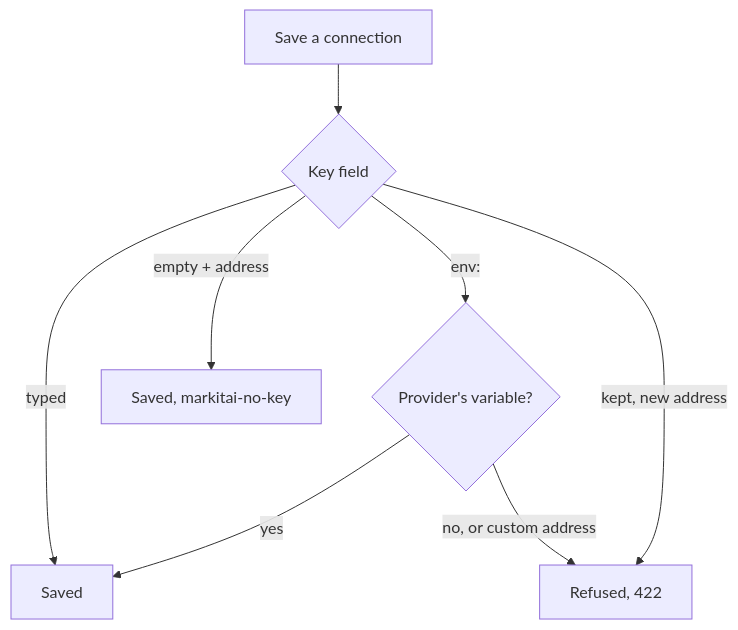
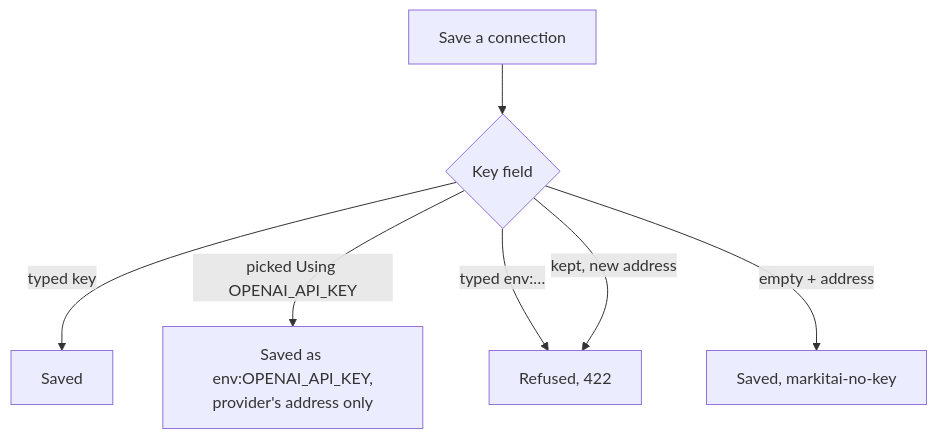
One commit to Ynewtime/markitai changed the first of 2 diagrams in website/guide/serve-reference.md. Above: the diagram before and after it, drawn with Mermaid. The commit also changed other lines of this file and 38 other files, not shown here.

````diff
--- a/website/guide/serve-reference.md
+++ b/website/guide/serve-reference.md
@@ -123,10 +123,9 @@
 ```mermaid
 flowchart TD
   S[Save a connection] --> E{Key field}
-  E -->|typed| OK[Saved]
-  E -->|env:| V{"Provider's variable?"}
-  V -->|yes| OK
-  V -->|"no, or custom address"| X[Refused, 422]
+  E -->|"typed key"| OK[Saved]
+  E -->|"picked Using OPENAI_API_KEY"| V["Saved as env:OPENAI_API_KEY,<br/>provider's address only"]
+  E -->|"typed env:…"| X[Refused, 422]
   E -->|"kept, new address"| X
   E -->|"empty + address"| P[Saved, markitai-no-key]
 ```
````
